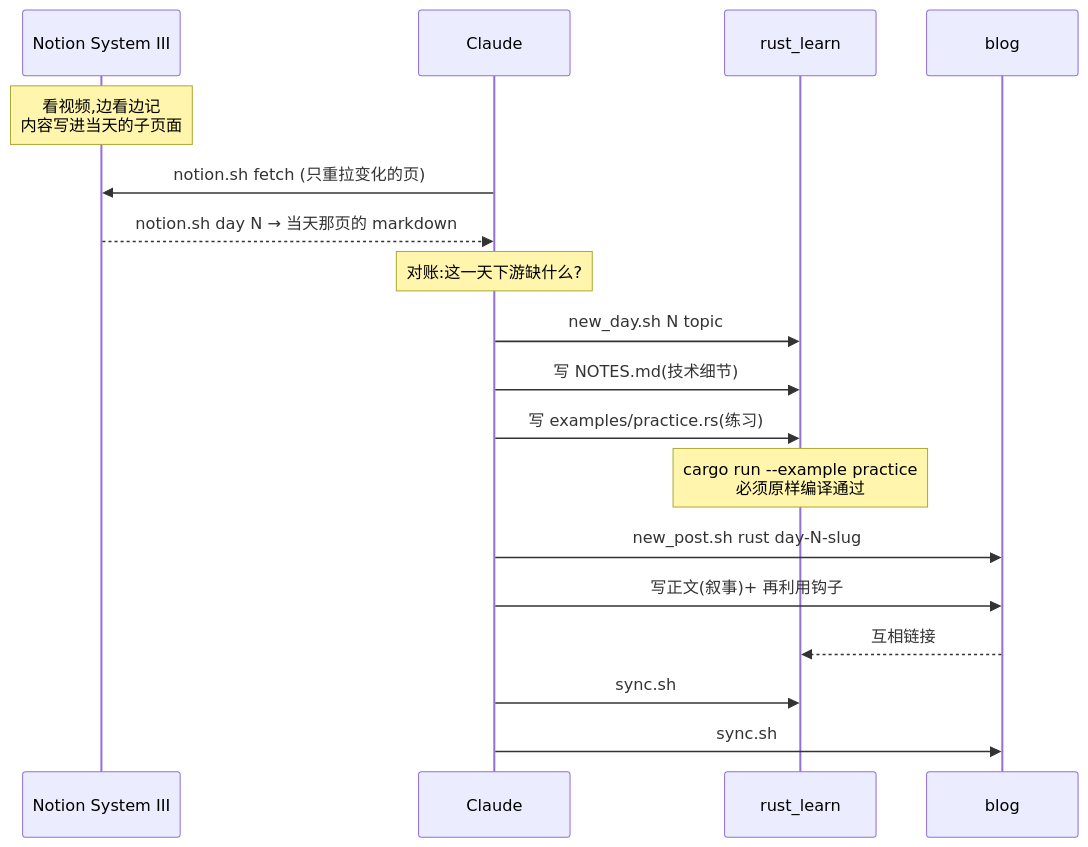
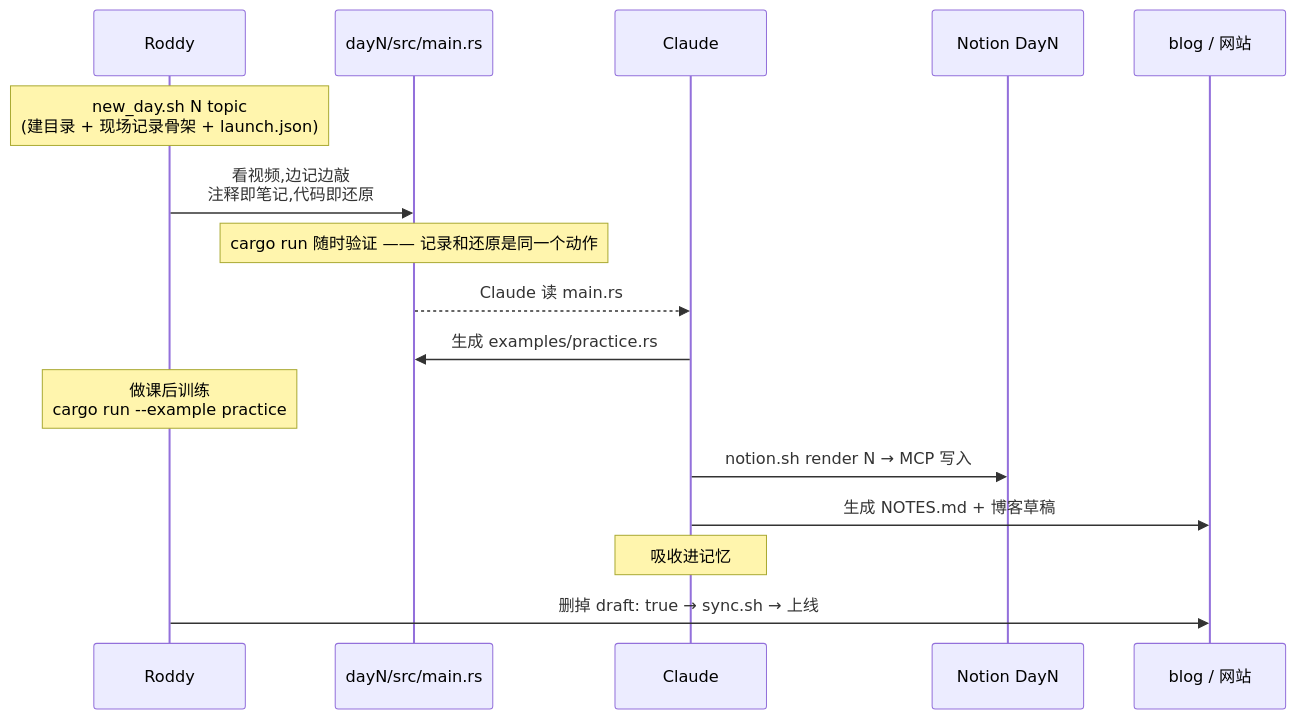
One commit to RoddyH17/RoddyH17.github.io changed the second of 2 diagrams in PIPELINE.md. Above: the diagram before and after it, drawn with Mermaid. The commit also changed other lines of this file and 3 other files, not shown here.

````diff
--- a/PIPELINE.md
+++ b/PIPELINE.md
@@ -171,24 +153,21 @@
 ```mermaid
 sequenceDiagram
-    participant N as Notion System III
+    participant R as Roddy
+    participant M as dayN/src/main.rs
     participant C as Claude
-    participant R as rust_learn
-    participant B as blog
+    participant N as Notion DayN
+    participant B as blog / 网站
 
-    Note over N: 看视频,边看边记<br/>内容写进当天的子页面
-    C->>N: notion.sh fetch (只重拉变化的页)
-    N-->>C: notion.sh day N → 当天那页的 markdown
-    Note over C: 对账:这一天下游缺什么?
+    Note over R: new_day.sh N topic<br/>(建目录 + 现场记录骨架 + launch.json)
+    R->>M: 看视频,边记边敲<br/>注释即笔记,代码即还原
+    Note over M: cargo run 随时验证 —— 记录和还原是同一个动作
 
-    C->>R: new_day.sh N topic
-    C->>R: 写 NOTES.md(技术细节)
-    C->>R: 写 examples/practice.rs(练习)
-    Note over R: cargo run --example practice<br/>必须原样编译通过
+    M-->>C: Claude 读 main.rs
+    C->>M: 生成 examples/practice.rs
+    Note over R: 做课后训练<br/>cargo run --example practice
 
-    C->>B: new_post.sh rust day-N-slug
-    C->>B: 写正文(叙事)+ 再利用钩子
-    B-->>R: 互相链接
-
-    C->>R: sync.sh
-    C->>B: sync.sh
+    C->>N: notion.sh render N → MCP 写入
+    C->>B: 生成 NOTES.md + 博客草稿
+    Note over C: 吸收进记忆
+    R->>B: 删掉 draft: true → sync.sh → 上线
 ```
````
